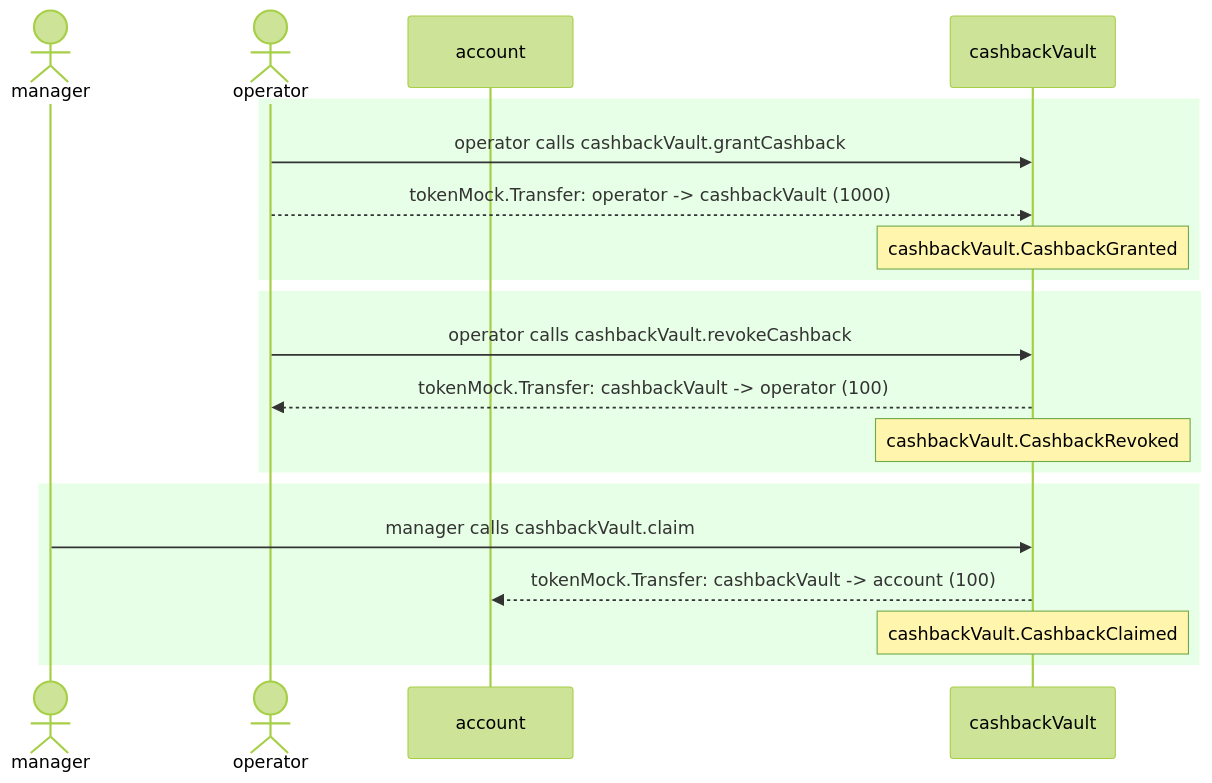
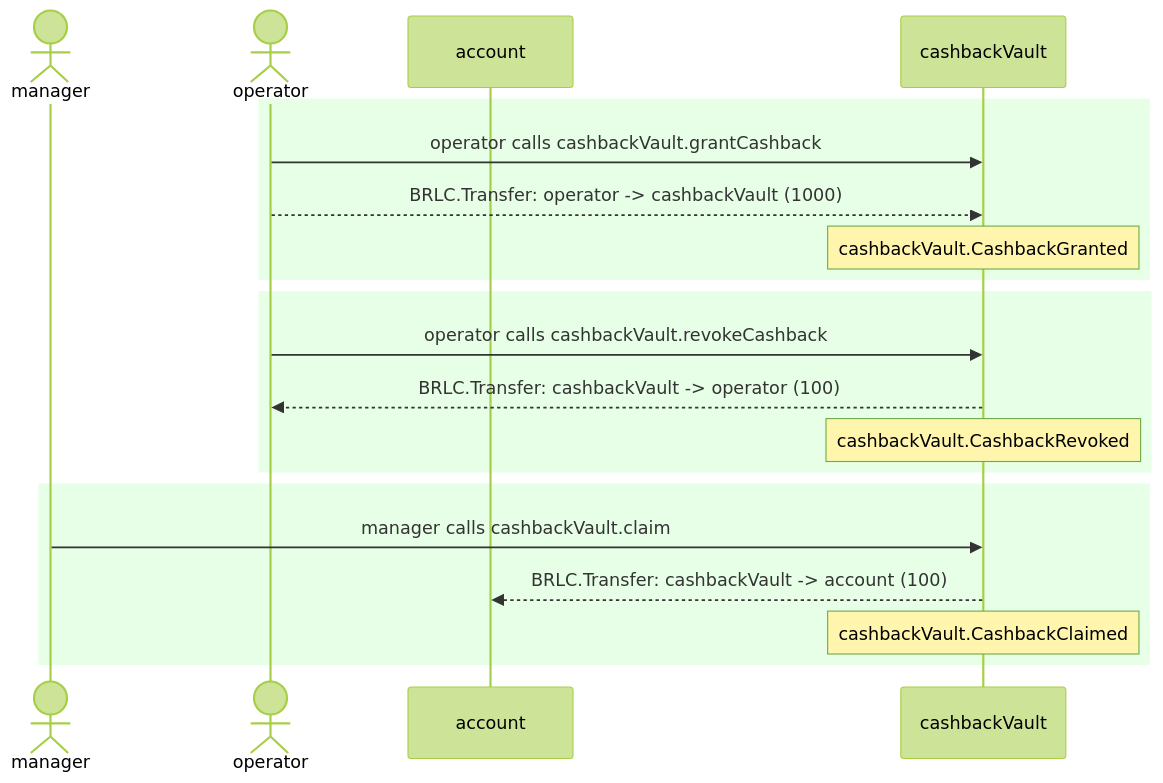
Before and after one commit to cloudwalk/brlc-card-payment-processor-v2: the first of 2 diagrams in test/__snapshots__humans__/CashbackVault.test.md, drawn with Mermaid (forest theme). The commit also changed other lines of this file and 5 other files, not shown here.

````diff
--- a/test/__snapshots__humans__/CashbackVault.test.md
+++ b/test/__snapshots__humans__/CashbackVault.test.md
@@ -11,22 +11,22 @@
 ```mermaid
 sequenceDiagram
   actor manager
   actor operator
   participant account
   participant cashbackVault
   rect rgb(230,255,230)
     operator->>cashbackVault: operator calls cashbackVault.grantCashback
-    operator-->>cashbackVault: tokenMock.Transfer: operator -> cashbackVault (1000)
+    operator-->>cashbackVault: BRLC.Transfer: operator -> cashbackVault (1000)
     Note over cashbackVault: cashbackVault.CashbackGranted
   end
   rect rgb(230,255,230)
     operator->>cashbackVault: operator calls cashbackVault.revokeCashback
-    cashbackVault-->>operator: tokenMock.Transfer: cashbackVault -> operator (100)
+    cashbackVault-->>operator: BRLC.Transfer: cashbackVault -> operator (100)
     Note over cashbackVault: cashbackVault.CashbackRevoked
   end
   rect rgb(230,255,230)
     manager->>cashbackVault: manager calls cashbackVault.claim
-    cashbackVault-->>account: tokenMock.Transfer: cashbackVault -> account (100)
+    cashbackVault-->>account: BRLC.Transfer: cashbackVault -> account (100)
     Note over cashbackVault: cashbackVault.CashbackClaimed
   end
 ```
````
